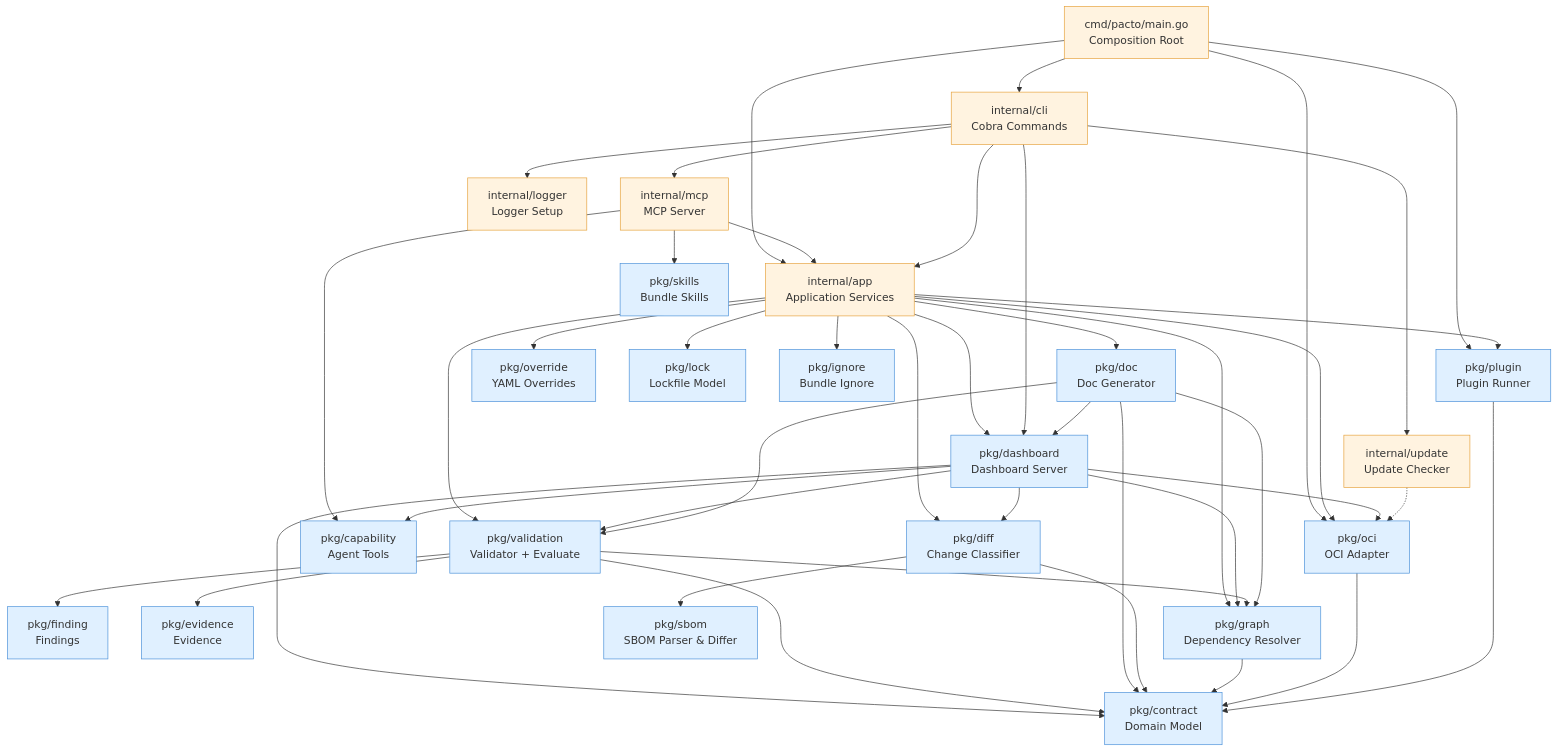
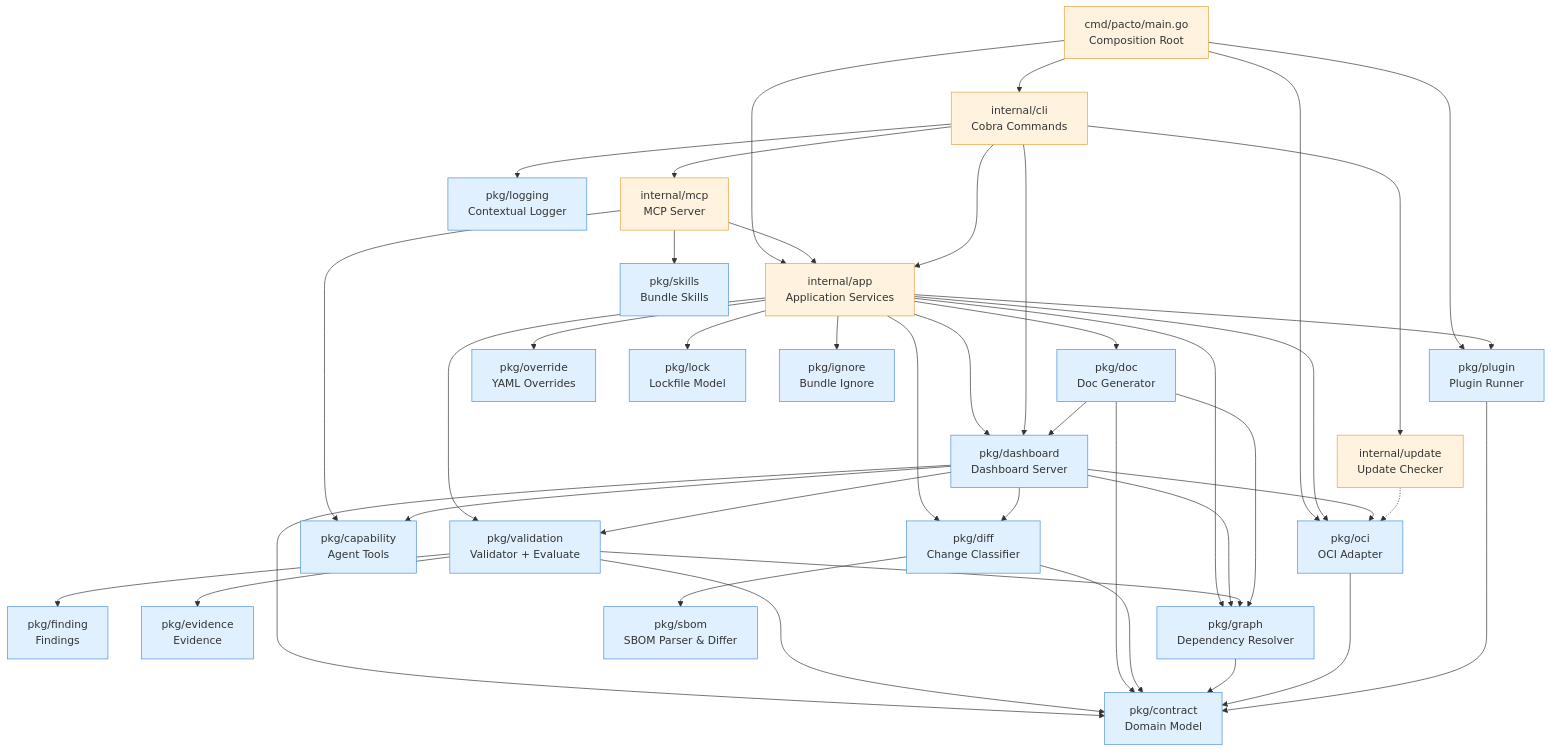
Before and after one commit to TrianaLab/pacto: the first of 2 diagrams in docs/architecture.md, drawn with Mermaid. The commit also changed other lines of this file and 101 other files, not shown here.

````diff
--- a/docs/architecture.md
+++ b/docs/architecture.md
@@ -80,50 +82,49 @@
 ```mermaid
 graph TD
     MAIN[cmd/pacto/main.go<br/>Composition Root] --> CLI[internal/cli<br/>Cobra Commands]
     MAIN --> APP
     MAIN --> OCI
     MAIN --> PLUG
-    CLI --> LOG[internal/logger<br/>Logger Setup]
+    CLI --> LOG[pkg/logging<br/>Contextual Logger]
     CLI --> MCP[internal/mcp<br/>MCP Server]
     CLI --> UPDATE[internal/update<br/>Update Checker]
     MCP --> APP
     MCP --> CAP[pkg/capability<br/>Agent Tools]
     MCP --> SKILL[pkg/skills<br/>Bundle Skills]
     DASH --> CAP
     CLI --> APP[internal/app<br/>Application Services]
     APP --> VAL[pkg/validation<br/>Validator + Evaluate]
     VAL --> FIND[pkg/finding<br/>Findings]
     VAL --> EVID[pkg/evidence<br/>Evidence]
     APP --> DIFF[pkg/diff<br/>Change Classifier]
     APP --> GRAPH[pkg/graph<br/>Dependency Resolver]
     APP --> OCI[pkg/oci<br/>OCI Adapter]
     APP --> PLUG[pkg/plugin<br/>Plugin Runner]
     APP --> DOC[pkg/doc<br/>Doc Generator]
     APP --> OVER[pkg/override<br/>YAML Overrides]
     APP --> DASH
     CLI --> DASH[pkg/dashboard<br/>Dashboard Server]
     DASH --> CONTRACT
     DOC --> DASH
     DASH --> DIFF
     DASH --> VAL
     DASH --> GRAPH
     DASH --> OCI
     DIFF --> SBOM[pkg/sbom<br/>SBOM Parser & Differ]
     VAL --> GRAPH
     DOC --> GRAPH
-    DOC --> VAL
     VAL --> CONTRACT[pkg/contract<br/>Domain Model]
     DOC --> CONTRACT
     DIFF --> CONTRACT
     GRAPH --> CONTRACT
     OCI --> CONTRACT
     PLUG --> CONTRACT
     UPDATE -.-> OCI
     APP --> LOCK[pkg/lock<br/>Lockfile Model]
     APP --> IGN[pkg/ignore<br/>Bundle Ignore]
 
     classDef pkg fill:#e0f0ff,stroke:#4a90d9
     classDef internal fill:#fff3e0,stroke:#e6a23c
-    class CONTRACT,VAL,DIFF,GRAPH,PLUG,DOC,SBOM,OVER,DASH,OCI,LOCK,IGN,FIND,EVID,CAP,SKILL pkg
-    class APP,CLI,LOG,MCP,MAIN,UPDATE internal
+    class CONTRACT,VAL,DIFF,GRAPH,PLUG,DOC,SBOM,OVER,DASH,OCI,LOCK,IGN,FIND,EVID,CAP,SKILL,LOG pkg
+    class APP,CLI,MCP,MAIN,UPDATE internal
 ```
````
